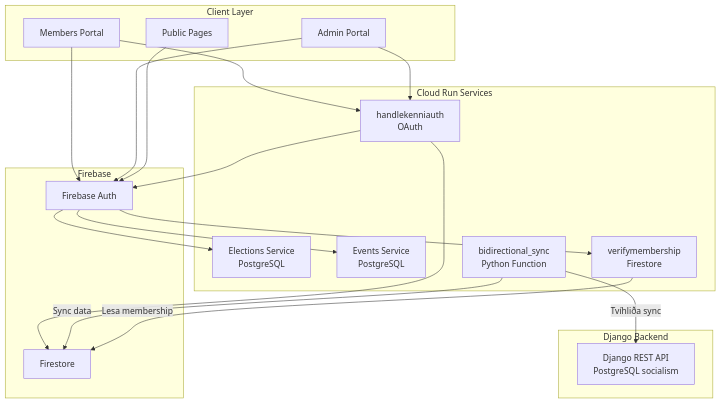
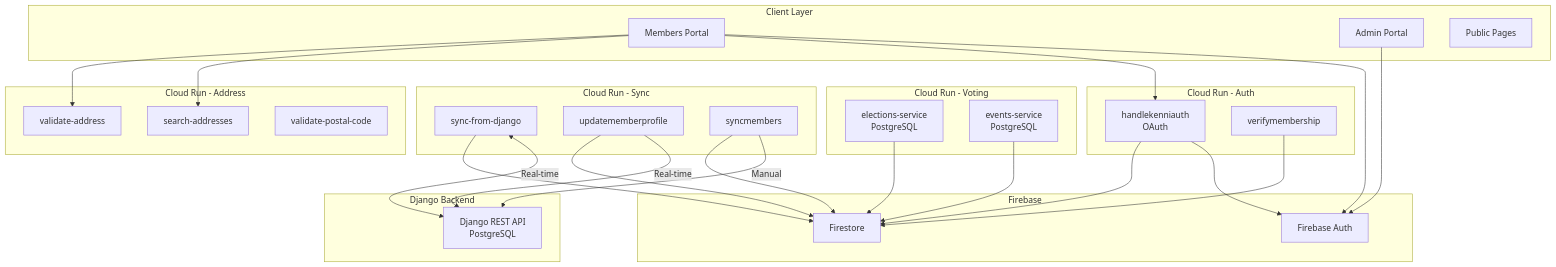
Before and after one commit to sosialistaflokkurinn/ekklesia: the third of 4 diagrams in docs/infrastructure/CLOUD_RUN_SERVICES.md, drawn with Mermaid. The commit also changed other lines of this file and 29 other files, not shown here.

First line of the commit message:
feat(sync): Replace queue system with real-time bidirectional sync

````diff
--- a/docs/infrastructure/CLOUD_RUN_SERVICES.md
+++ b/docs/infrastructure/CLOUD_RUN_SERVICES.md
@@ -65,40 +144,59 @@
 ```mermaid
 graph TB
     subgraph "Client Layer"
         MP[Members Portal]
         AP[Admin Portal]
         PP[Public Pages]
     end
 
     subgraph "Firebase"
         Auth[Firebase Auth]
         FS[Firestore]
     end
 
-    subgraph "Cloud Run Services"
-        Elections[Elections Service<br/>PostgreSQL]
-        Events[Events Service<br/>PostgreSQL]
-        Sync[bidirectional_sync<br/>Python Function]
+    subgraph "Cloud Run - Auth"
         HandleAuth[handlekenniauth<br/>OAuth]
-        Verify[verifymembership<br/>Firestore]
+        Verify[verifymembership]
+    end
+
+    subgraph "Cloud Run - Voting"
+        Elections[elections-service<br/>PostgreSQL]
+        Events[events-service<br/>PostgreSQL]
+    end
+
+    subgraph "Cloud Run - Sync"
+        SyncDjango[sync-from-django]
+        UpdateProfile[updatememberprofile]
+        SyncMembers[syncmembers]
+    end
+
+    subgraph "Cloud Run - Address"
+        SearchAddr[search-addresses]
+        ValidateAddr[validate-address]
+        ValidatePostal[validate-postal-code]
     end
 
     subgraph "Django Backend"
-        Django[Django REST API<br/>PostgreSQL socialism]
+        Django[Django REST API<br/>PostgreSQL]
     end
 
     MP --> Auth
     AP --> Auth
-    PP --> Auth
-    Auth --> Elections
-    Auth --> Events
-    Auth --> Verify
     MP --> HandleAuth
-    AP --> HandleAuth
     HandleAuth --> Auth
     HandleAuth --> FS
 
-    Sync -->|Tvíhliða sync| Django
-    Sync -->|Sync data| FS
-    Verify -->|Lesa membership| FS
+    SyncDjango <-->|"Real-time"| Django
+    UpdateProfile -->|"Real-time"| Django
+    SyncMembers -->|"Manual"| Django
+    SyncDjango --> FS
+    UpdateProfile --> FS
+    SyncMembers --> FS
+
+    Verify --> FS
+    Elections --> FS
+    Events --> FS
+
+    MP --> SearchAddr
+    MP --> ValidateAddr
 ```
````
